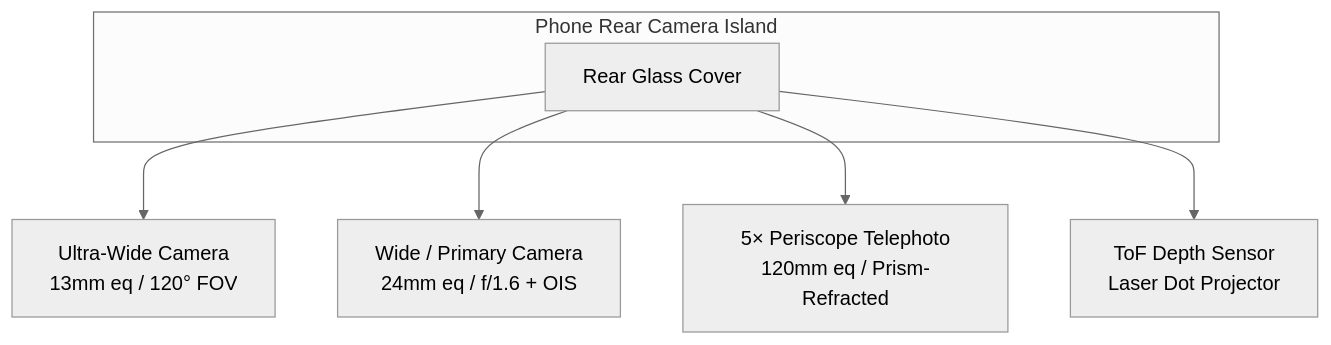
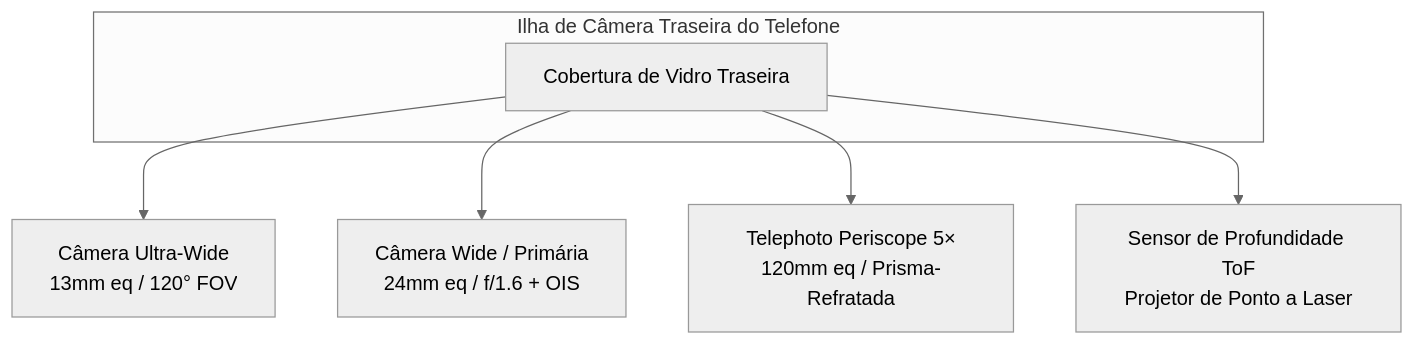
Before and after one commit to zoozooll/AndroidCameraParameters: the fourth of 5 diagrams in website/i18n/pt-BR/docusaurus-plugin-content-docs/current/camera2/understanding-smartphone-cameras.md, drawn with Mermaid (neutral theme). The commit also changed other lines of this file and 378 other files, not shown here.

````diff
--- a/website/i18n/pt-BR/docusaurus-plugin-content-docs/current/camera2/understanding-smartphone-cameras.md
+++ b/website/i18n/pt-BR/docusaurus-plugin-content-docs/current/camera2/understanding-smartphone-cameras.md
@@ -202,10 +202,10 @@
 ```mermaid
 graph TB
-    subgraph "Phone Rear Camera Island"
-        A[Rear Glass Cover]
+    subgraph "Ilha de Câmera Traseira do Telefone"
+        A["Cobertura de Vidro Traseira"]
     end
-    A --> B[Ultra-Wide Camera\n13mm eq / 120° FOV]
-    A --> C[Wide / Primary Camera\n24mm eq / f/1.6 + OIS]
-    A --> D[5× Periscope Telephoto\n120mm eq / Prism-Refracted]
-    A --> E[ToF Depth Sensor\nLaser Dot Projector]
+    A --> B[Câmera Ultra-Wide<br/>13mm eq / 120° FOV]
+    A --> C[Câmera Wide / Primária<br/>24mm eq / f/1.6 + OIS]
+    A --> D[Telephoto Periscope 5×<br/>120mm eq / Prisma-Refratada]
+    A --> E[Sensor de Profundidade ToF<br/>Projetor de Ponto a Laser]
 ```
````
